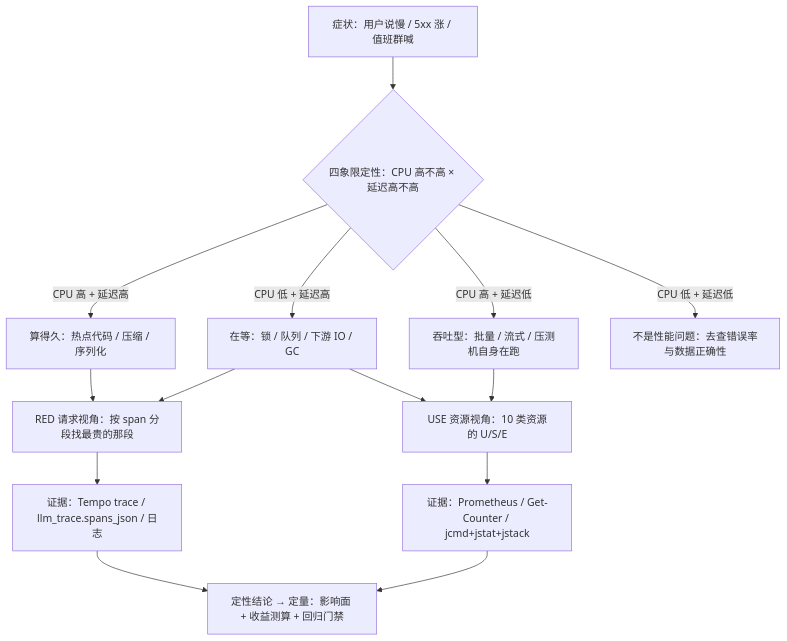
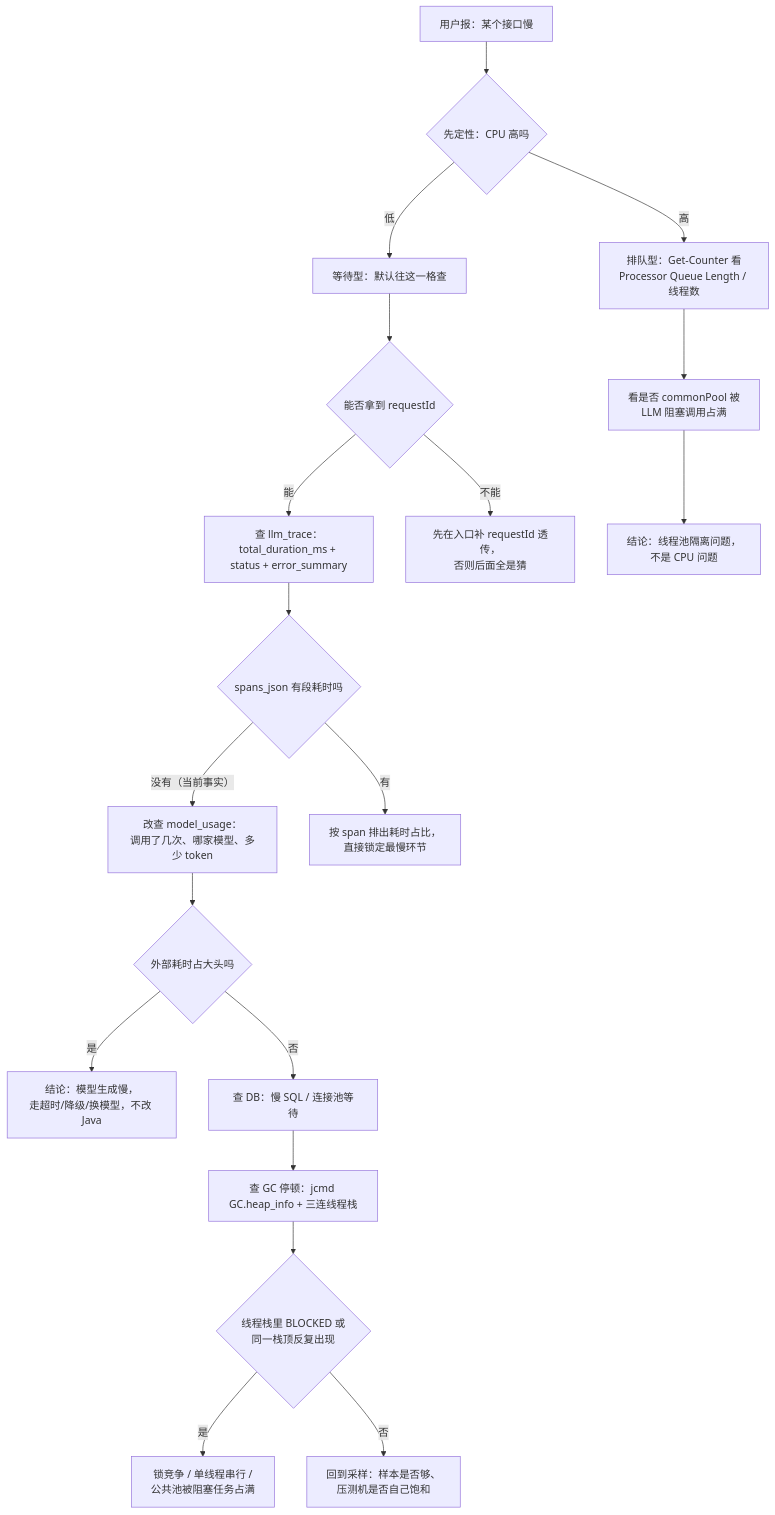
Before and after one commit to 16680-creator/ai-customer-service: the second of 3 diagrams in learning-docs/12-性能工程/08-性能问题定位方法论.md, drawn with Mermaid. The commit also changed other lines of this file and 136 other files, not shown here.

````diff
--- a/learning-docs/12-性能工程/08-性能问题定位方法论.md
+++ b/learning-docs/12-性能工程/08-性能问题定位方法论.md
@@ -80,16 +273,21 @@
 ```mermaid
 flowchart TB
-  S["症状：用户说慢 / 5xx 涨 / 值班群喊"] --> Q{"四象限定性：CPU 高不高 × 延迟高不高"}
-  Q -->|"CPU 高 + 延迟高"| C1["算得久：热点代码 / 压缩 / 序列化"]
-  Q -->|"CPU 低 + 延迟高"| C2["在等：锁 / 队列 / 下游 IO / GC"]
-  Q -->|"CPU 高 + 延迟低"| C3["吞吐型：批量 / 流式 / 压测机自身在跑"]
-  Q -->|"CPU 低 + 延迟低"| C4["不是性能问题：去查错误率与数据正确性"]
-  C1 --> P["RED 请求视角：按 span 分段找最贵的那段"]
-  C2 --> P
-  C2 --> U["USE 资源视角：10 类资源的 U/S/E"]
-  C3 --> U
-  P --> E1["证据：Tempo trace / llm_trace.spans_json / 日志"]
-  U --> E2["证据：Prometheus / Get-Counter / jcmd+jstat+jstack"]
-  E1 --> V["定性结论 → 定量：影响面 + 收益测算 + 回归门禁"]
-  E2 --> V
+    A["用户报：某个接口慢"] --> B{"先定性：CPU 高吗"}
+    B -->|高| C["排队型：Get-Counter 看<br/>Processor Queue Length / 线程数"]
+    B -->|低| D["等待型：默认往这一格查"]
+    D --> E{"能否拿到 requestId"}
+    E -->|能| F["查 llm_trace：<br/>total_duration_ms + status + error_summary"]
+    E -->|不能| G["先在入口补 requestId 透传，<br/>否则后面全是猜"]
+    F --> H{"spans_json 有段耗时吗"}
+    H -->|"没有（当前事实）"| I["改查 model_usage：<br/>调用了几次、哪家模型、多少 token"]
+    H -->|有| J["按 span 排出耗时占比，<br/>直接锁定最慢环节"]
+    I --> K{"外部耗时占大头吗"}
+    K -->|是| L["结论：模型生成慢，<br/>走超时/降级/换模型，不改 Java"]
+    K -->|否| M["查 DB：慢 SQL / 连接池等待"]
+    M --> N["查 GC 停顿：jcmd GC.heap_info + 三连线程栈"]
+    N --> O{"线程栈里 BLOCKED 或<br/>同一栈顶反复出现"}
+    O -->|是| P["锁竞争 / 单线程串行 /<br/>公共池被阻塞任务占满"]
+    O -->|否| Q["回到采样：样本是否够、<br/>压测机是否自己饱和"]
+    C --> R["看是否 commonPool 被<br/>LLM 阻塞调用占满"]
+    R --> S["结论：线程池隔离问题，<br/>不是 CPU 问题"]
 ```
````
